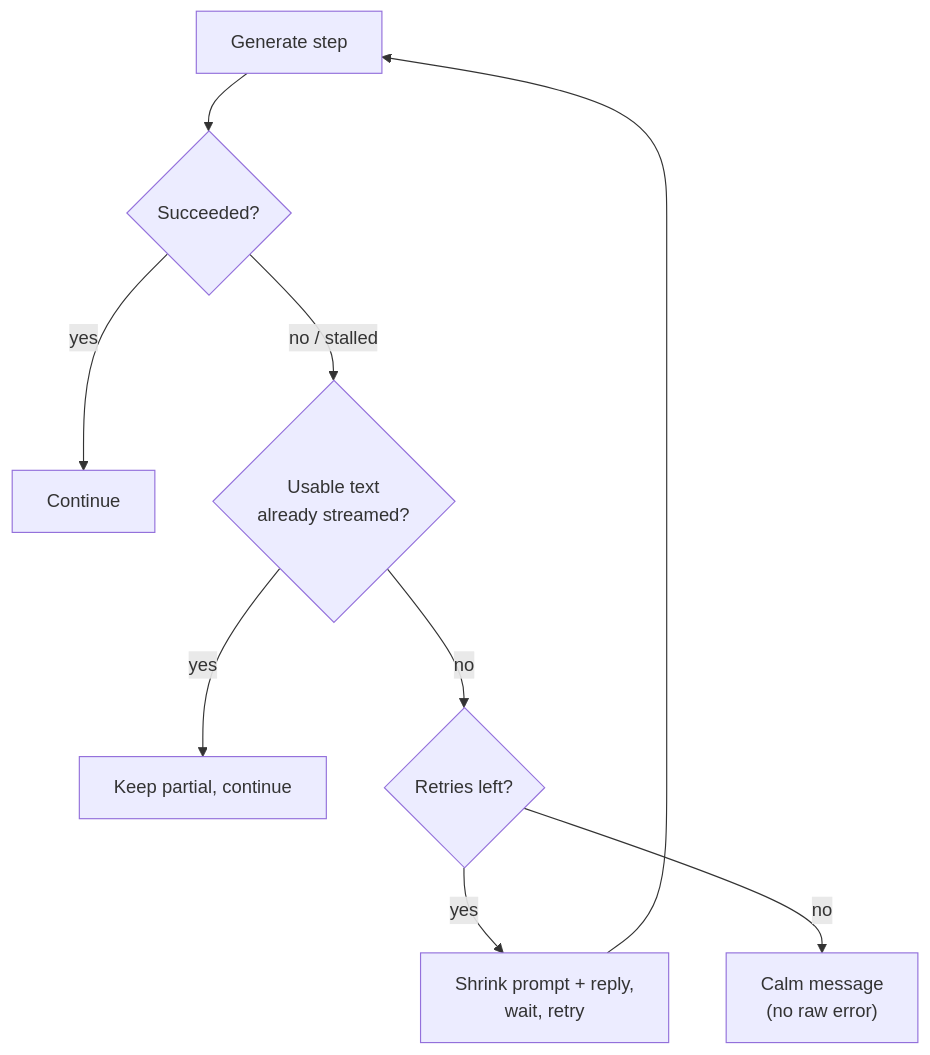
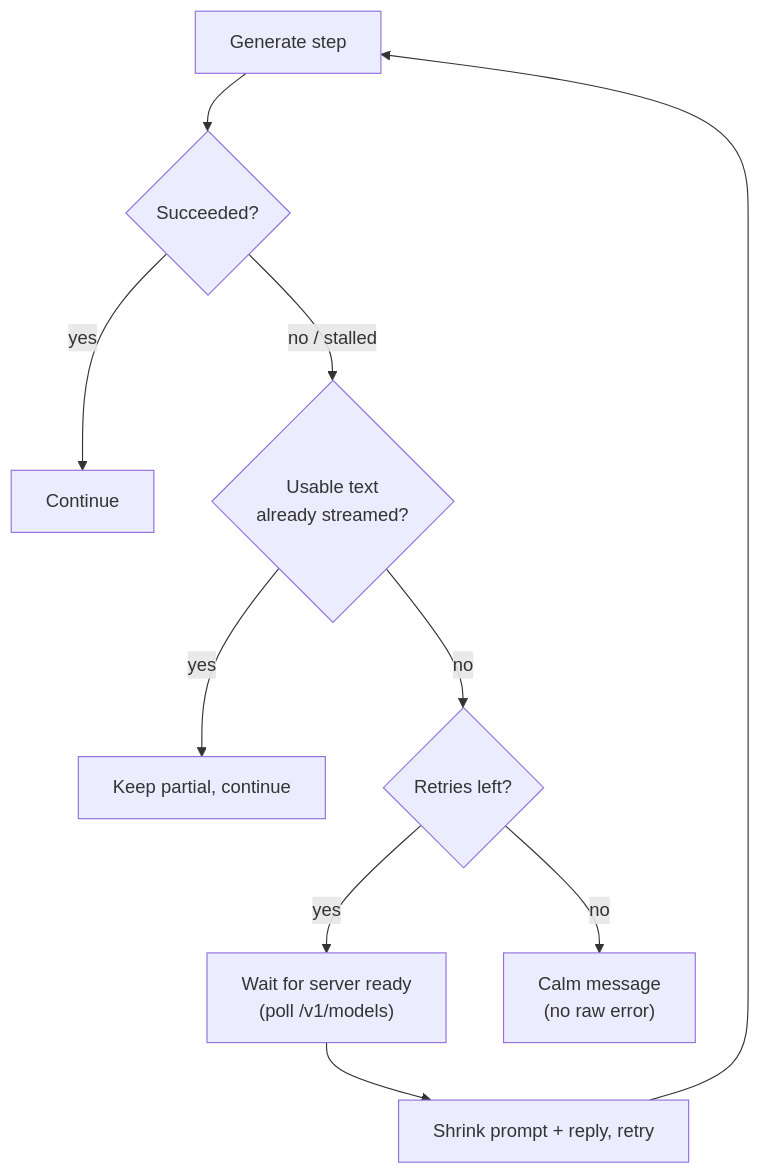
Before and after one commit to zeno-b/native-silicon-local-llm: the fifth of 7 diagrams in README.md, drawn with Mermaid. The commit also changed other lines of this file, not shown here.

````diff
--- a/README.md
+++ b/README.md
@@ -226,11 +236,12 @@
 ```mermaid
 flowchart TD
     Gen["Generate step"] --> OK{"Succeeded?"}
     OK -->|yes| Cont["Continue"]
     OK -->|"no / stalled"| Partial{"Usable text<br/>already streamed?"}
     Partial -->|yes| Keep["Keep partial, continue"]
     Partial -->|no| Retry{"Retries left?"}
-    Retry -->|yes| Shrink["Shrink prompt + reply,<br/>wait, retry"]
+    Retry -->|yes| Wait["Wait for server ready<br/>(poll /v1/models)"]
+    Wait --> Shrink["Shrink prompt + reply, retry"]
     Shrink --> Gen
     Retry -->|no| Degrade["Calm message<br/>(no raw error)"]
 ```
````
